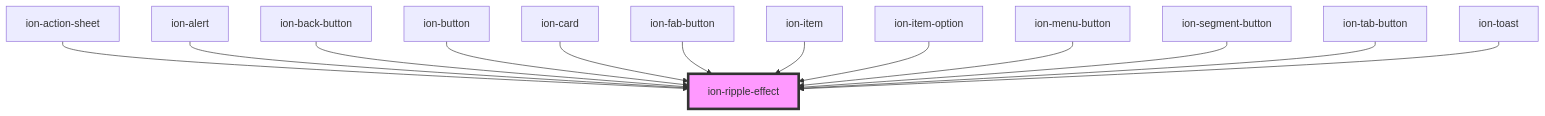
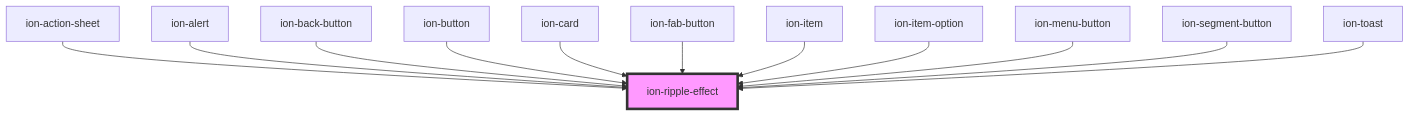
Before and after one commit to MEDGRUPOGIT/ionic-framework-1: the diagram in core/src/components/ripple-effect/readme.md, drawn with Mermaid. The commit also changed other lines of this file and 142 other files, not shown here.

````diff
--- a/core/src/components/ripple-effect/readme.md
+++ b/core/src/components/ripple-effect/readme.md
@@ -226,16 +225,15 @@
 ```mermaid
 graph TD;
   ion-action-sheet --> ion-ripple-effect
   ion-alert --> ion-ripple-effect
   ion-back-button --> ion-ripple-effect
   ion-button --> ion-ripple-effect
   ion-card --> ion-ripple-effect
   ion-fab-button --> ion-ripple-effect
   ion-item --> ion-ripple-effect
   ion-item-option --> ion-ripple-effect
   ion-menu-button --> ion-ripple-effect
   ion-segment-button --> ion-ripple-effect
-  ion-tab-button --> ion-ripple-effect
   ion-toast --> ion-ripple-effect
   style ion-ripple-effect fill:#f9f,stroke:#333,stroke-width:4px
 ```
````
